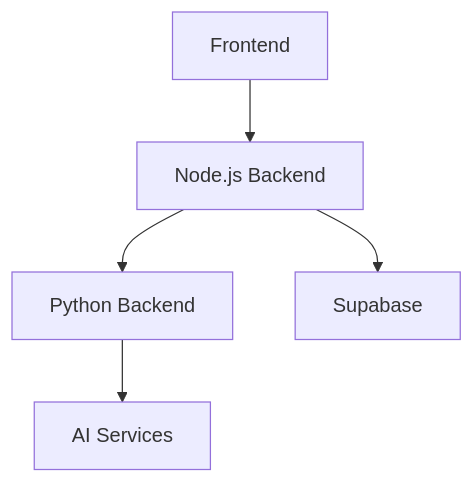
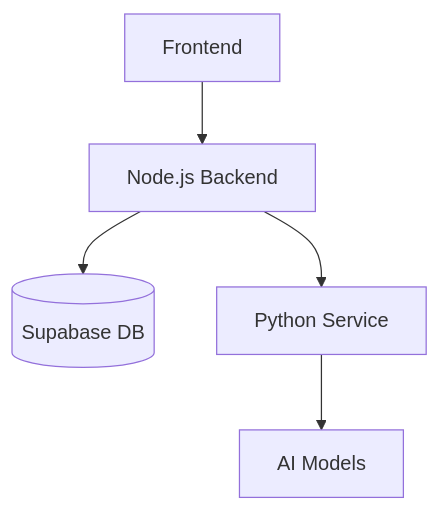
The diagram in memory-bank/systemPatterns.md (J3r3my97/simple-transcribe), drawn with Mermaid before and after one commit. The commit also changed other lines of this file and 6 other files, not shown here.

````diff
--- a/memory-bank/systemPatterns.md
+++ b/memory-bank/systemPatterns.md
@@ -10,7 +4,7 @@
 ```mermaid
 graph TD
-    A[Frontend] --> B[Node.js Backend]
-    B --> C[Python Backend]
-    B --> D[Supabase]
-    C --> E[AI Services]
+    FE[Frontend] --> BE[Node.js Backend]
+    BE --> DB[(Supabase DB)]
+    BE --> PS[Python Service]
+    PS --> AI[AI Models]
 ```
````
